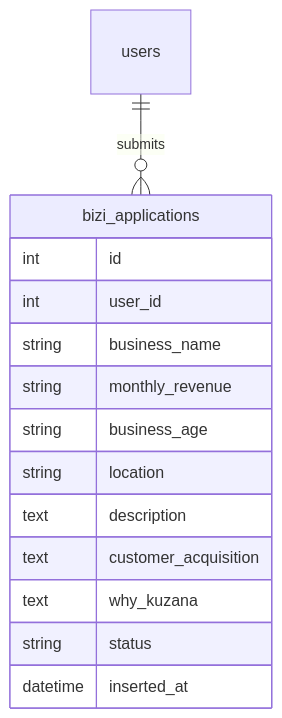
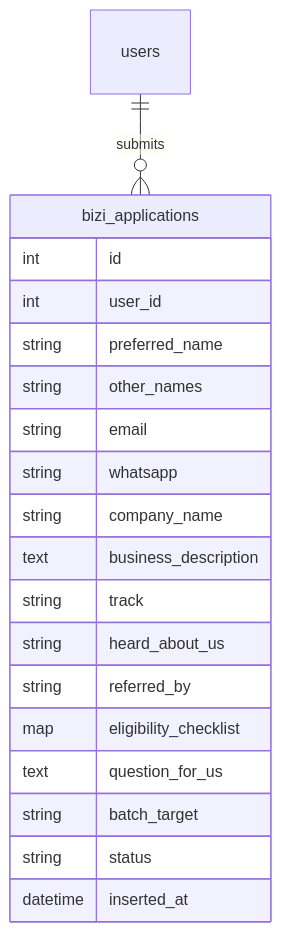
One commit to okumuraven/Boardy.ai changed the eighth of 8 diagrams in bizi_flow.md. Above: the diagram before and after it, drawn with Mermaid. The commit also changed other lines of this file and 1 other file, not shown here.

````diff
--- a/bizi_flow.md
+++ b/bizi_flow.md
@@ -139,17 +209,22 @@
 ```mermaid
 erDiagram
     users ||--o{ bizi_applications : submits
     bizi_applications {
         int id
         int user_id
-        string business_name
-        string monthly_revenue
-        string business_age
-        string location
-        text description
-        text customer_acquisition
-        text why_kuzana
+        string preferred_name
+        string other_names
+        string email
+        string whatsapp
+        string company_name
+        text business_description
+        string track
+        string heard_about_us
+        string referred_by
+        map eligibility_checklist
+        text question_for_us
+        string batch_target
         string status
         datetime inserted_at
     }
 ```
````
